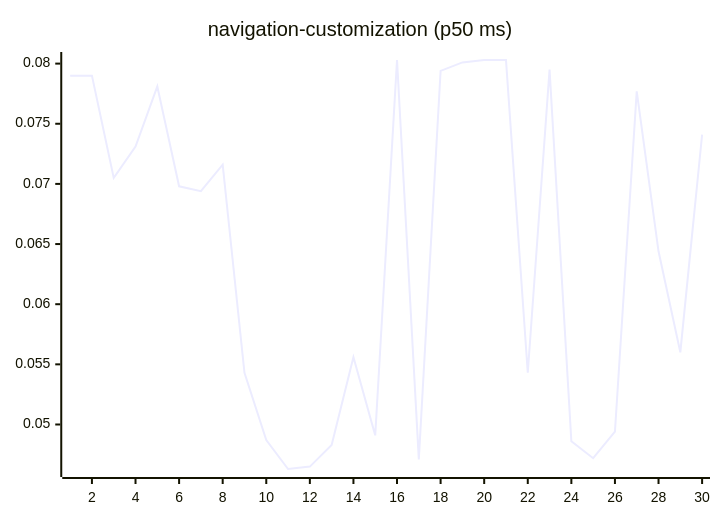
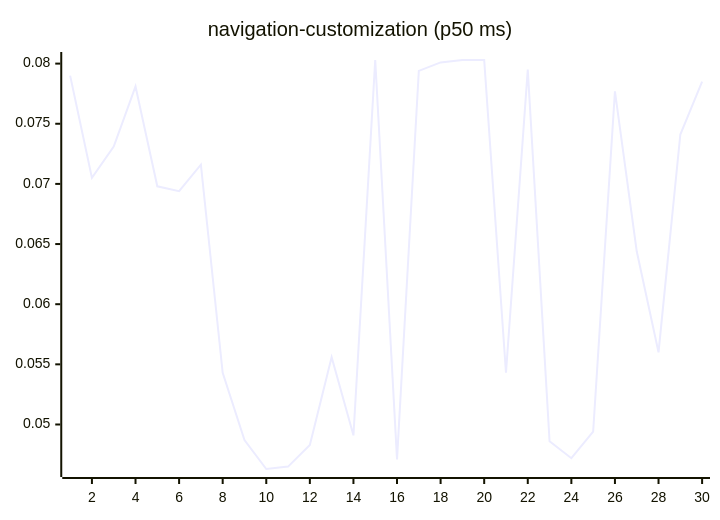
Diagram 15 of 27 in README.md (josha/Facet), drawn with Mermaid before and after one commit. The commit also changed other lines of this file and 2 other files, not shown here.

````diff
--- a/README.md
+++ b/README.md
@@ -161,6 +161,6 @@
 ```mermaid
 xychart-beta
     title "navigation-customization (p50 ms)"
     x-axis 1 --> 30
-    line [0.0790, 0.0790, 0.0705, 0.0731, 0.0781, 0.0698, 0.0694, 0.0716, 0.0543, 0.0487, 0.0463, 0.0465, 0.0483, 0.0556, 0.0491, 0.0803, 0.0471, 0.0794, 0.0801, 0.0803, 0.0803, 0.0543, 0.0795, 0.0486, 0.0472, 0.0494, 0.0777, 0.0644, 0.0560, 0.0741]
+    line [0.0790, 0.0705, 0.0731, 0.0781, 0.0698, 0.0694, 0.0716, 0.0543, 0.0487, 0.0463, 0.0465, 0.0483, 0.0556, 0.0491, 0.0803, 0.0471, 0.0794, 0.0801, 0.0803, 0.0803, 0.0543, 0.0795, 0.0486, 0.0472, 0.0494, 0.0777, 0.0644, 0.0560, 0.0741, 0.0785]
 ```
````
